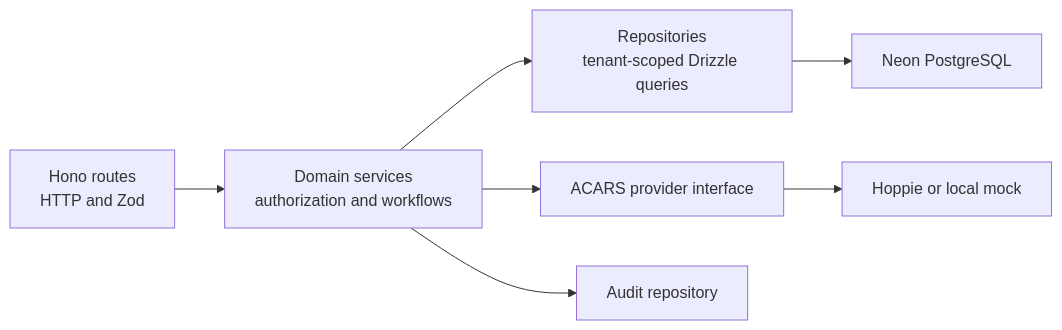
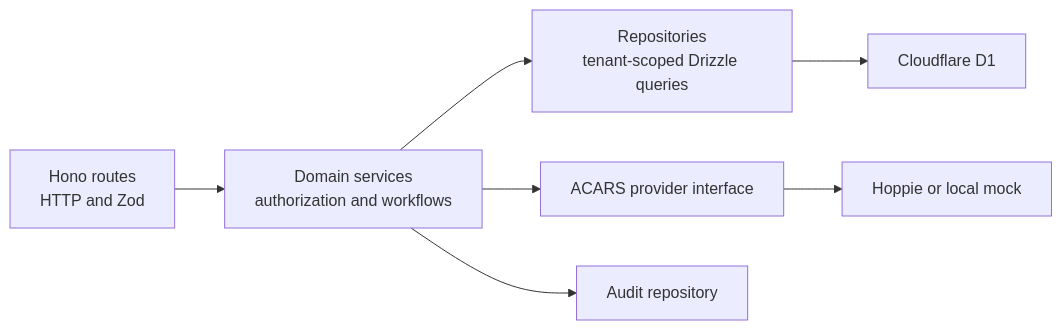
One commit to shiftbloom-studio/va-dispatcher changed the second of 2 diagrams in wiki/Architecture.md. Above: the diagram before and after it, drawn with Mermaid. The commit also changed other lines of this file and 37 other files, not shown here.

````diff
--- a/wiki/Architecture.md
+++ b/wiki/Architecture.md
@@ -97,9 +96,9 @@
 ```mermaid
 flowchart LR
     R["Hono routes<br/>HTTP and Zod"] --> S["Domain services<br/>authorization and workflows"]
     S --> P["Repositories<br/>tenant-scoped Drizzle queries"]
-    P --> D["Neon PostgreSQL"]
+    P --> D["Cloudflare D1"]
     S --> A["ACARS provider interface"]
     A --> H["Hoppie or local mock"]
     S --> AU["Audit repository"]
 ```
````
